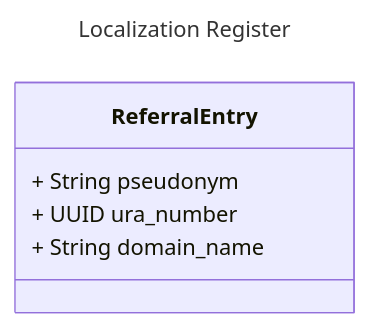
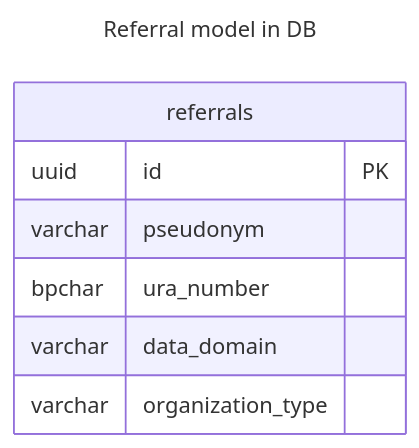
The diagram in README.md (minvws/gfmodules-nationale-verwijsindex), drawn with Mermaid before and after one commit. The commit also changed other lines of this file and 2 other files, not shown here.

````diff
--- a/README.md
+++ b/README.md
@@ -38,11 +56,13 @@
 ```mermaid
 ---
-title: Localization Register
+title: Referral model in DB
 ---
-classDiagram
-    class ReferralEntry {
-        + String pseudonym
-        + UUID ura_number
-        + String domain_name
+erDiagram
+    referrals {
+        uuid id PK
+        varchar pseudonym
+        bpchar ura_number
+        varchar data_domain
+        varchar organization_type
     }
 ```
````
